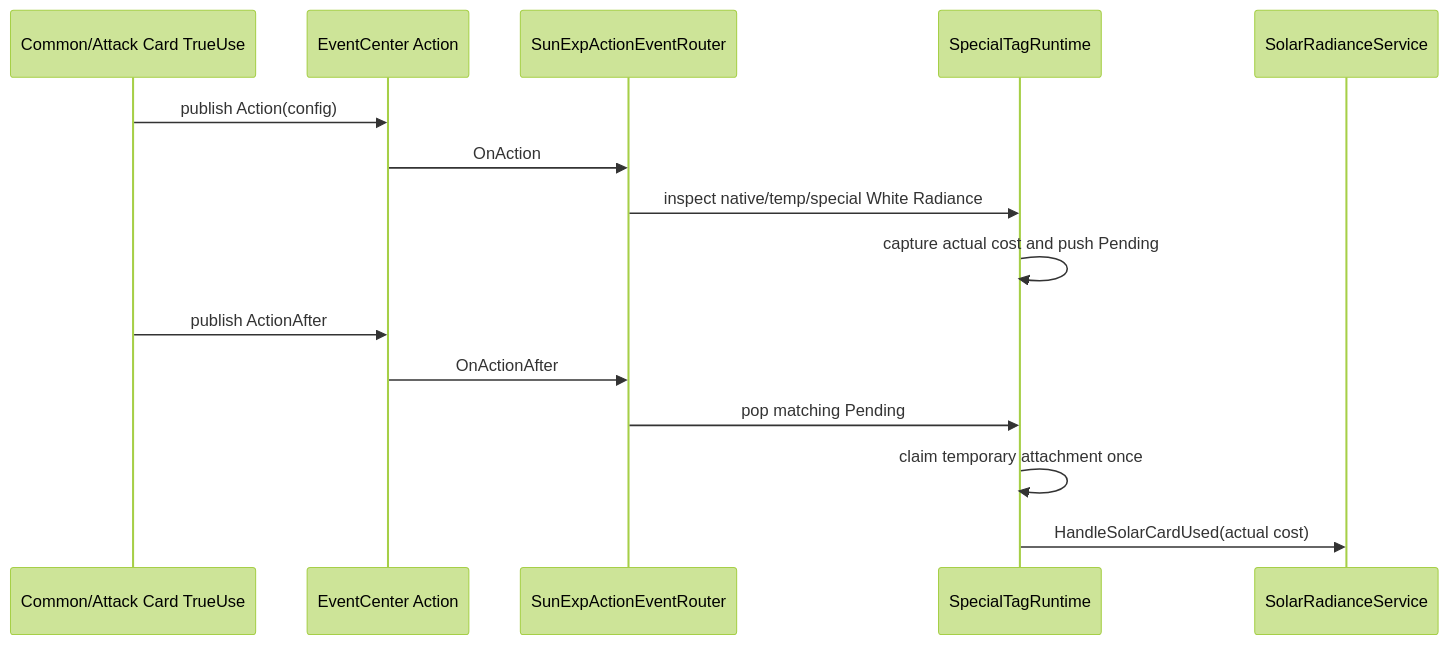
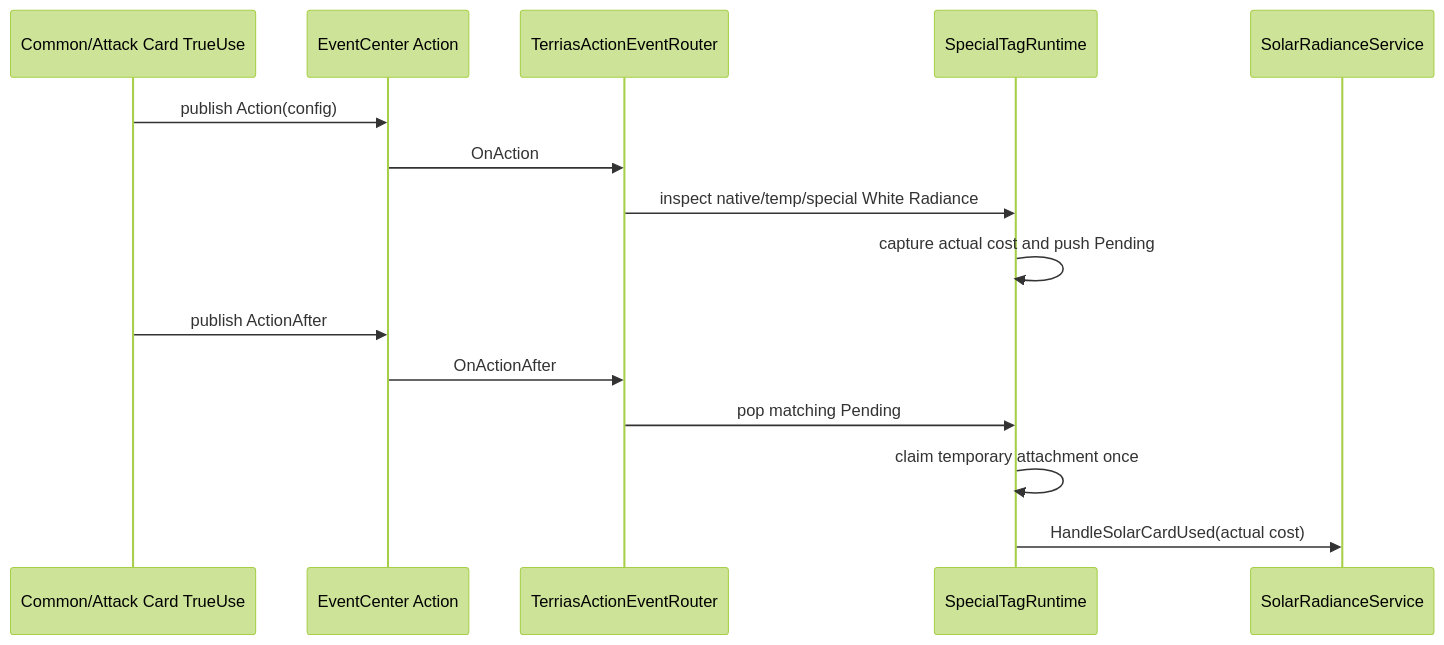
Before and after one commit to AuraKaliya/apocalyptic-journey-mod-SunExp: the third of 3 diagrams in docs/Terrias/modules/02-战斗事件场地与特殊标签.md, drawn with Mermaid (forest theme). The commit also changed other lines of this file and 670 other files, not shown here.

````diff
--- a/docs/Terrias/modules/02-战斗事件场地与特殊标签.md
+++ b/docs/Terrias/modules/02-战斗事件场地与特殊标签.md
@@ -163,18 +163,18 @@
 ```mermaid
 sequenceDiagram
     participant Card as Common/Attack Card TrueUse
     participant Host as EventCenter Action
-    participant Router as SunExpActionEventRouter
+    participant Router as TerriasActionEventRouter
     participant Tag as SpecialTagRuntime
     participant Solar as SolarRadianceService
 
     Card->>Host: publish Action(config)
     Host->>Router: OnAction
     Router->>Tag: inspect native/temp/special White Radiance
     Tag->>Tag: capture actual cost and push Pending
     Card->>Host: publish ActionAfter
     Host->>Router: OnActionAfter
     Router->>Tag: pop matching Pending
     Tag->>Tag: claim temporary attachment once
     Tag->>Solar: HandleSolarCardUsed(actual cost)
 ```
````
